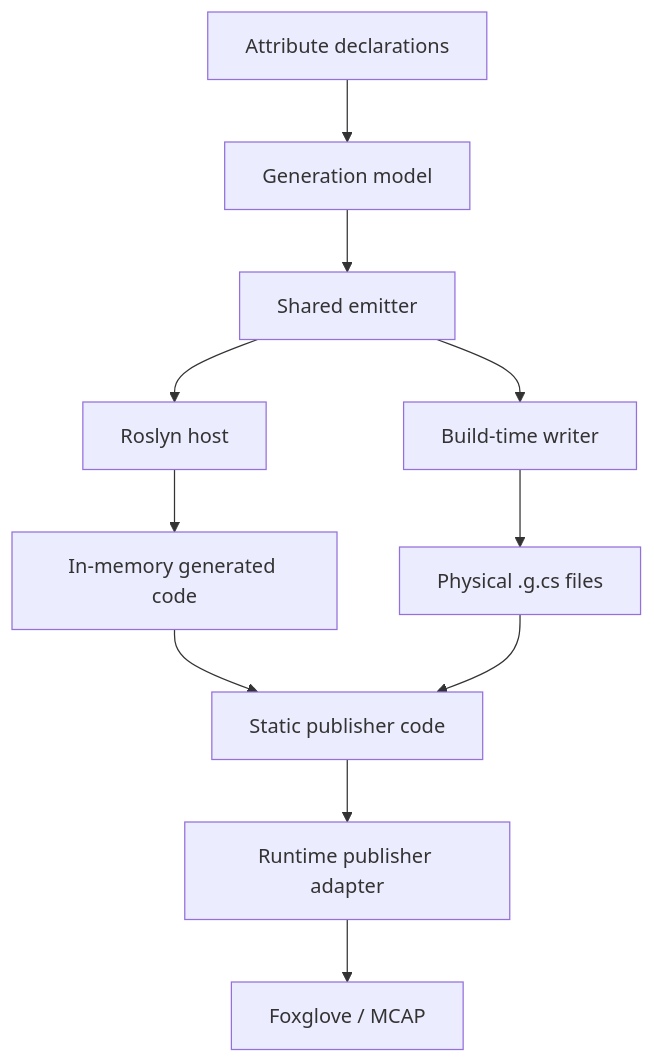
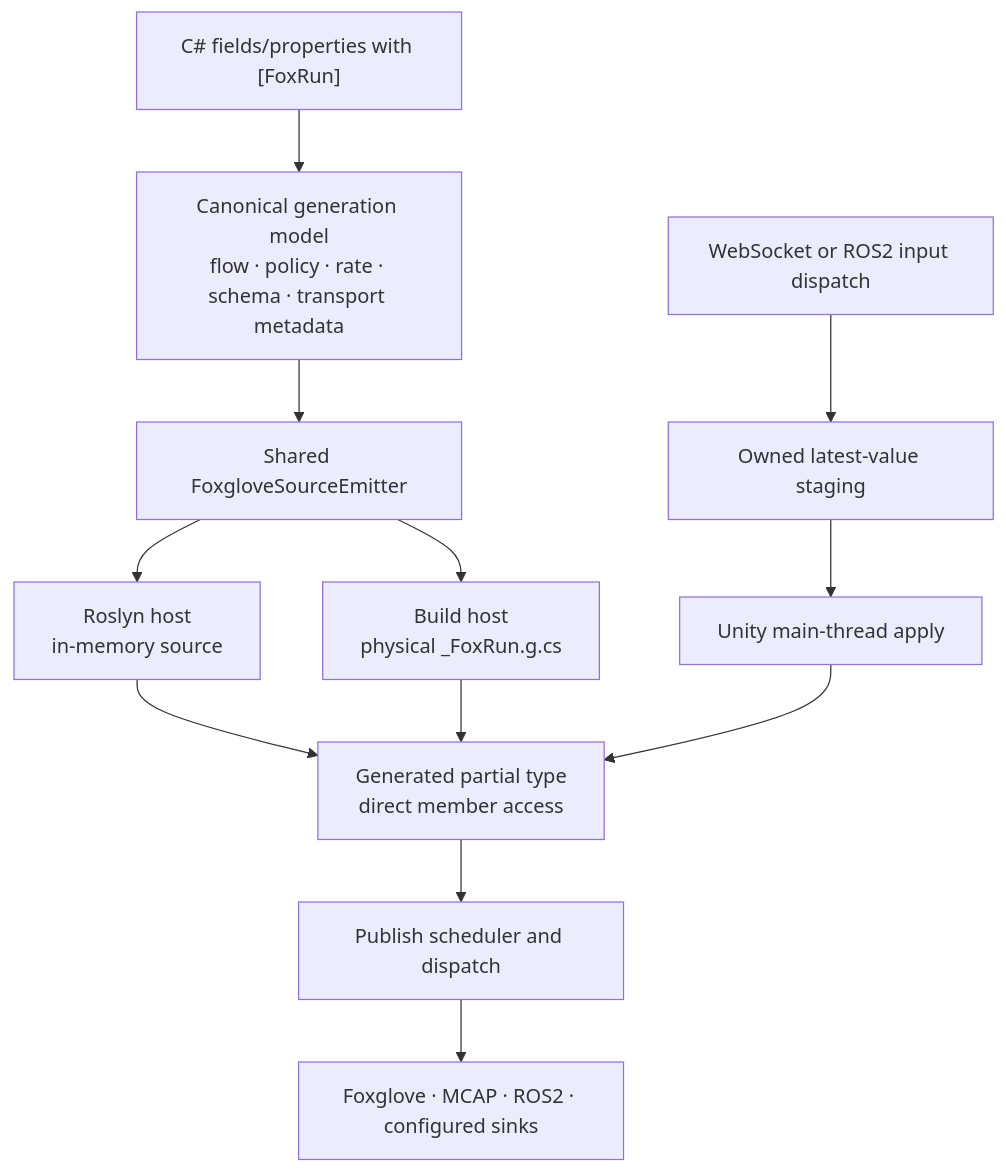
The diagram in docs/research-shared-emitter-architecture.md (JianbinLiu-CFLab/unity-foxglove-sdk), drawn with Mermaid before and after one commit. The commit also changed other lines of this file and 10 other files, not shown here.

Commit message:
docs: refresh FoxRun replay and release guidance

````diff
--- a/docs/research-shared-emitter-architecture.md
+++ b/docs/research-shared-emitter-architecture.md
@@ -107,13 +92,20 @@
 ```mermaid
-flowchart TD
-  Attr["Attribute declarations"] --> Model["Generation model"]
-  Model --> Emitter["Shared emitter"]
-  Emitter --> Roslyn["Roslyn host"]
-  Emitter --> BuildWriter["Build-time writer"]
-  Roslyn --> InMemory["In-memory generated code"]
-  BuildWriter --> Files["Physical .g.cs files"]
-  InMemory --> StaticCode["Static publisher code"]
-  Files --> StaticCode
-  StaticCode --> Runtime["Runtime publisher adapter"]
-  Runtime --> Foxglove["Foxglove / MCAP"]
+flowchart TB
+  Source["C# fields/properties with [FoxRun]"]
+  Resolve["Canonical generation model<br/>flow · policy · rate · schema · transport metadata"]
+  Emitter["Shared FoxgloveSourceEmitter"]
+  Roslyn["Roslyn host<br/>in-memory source"]
+  Physical["Build host<br/>physical _FoxRun.g.cs"]
+  Generated["Generated partial type<br/>direct member access"]
+  Output["Publish scheduler and dispatch"]
+  Inputs["WebSocket or ROS2 input dispatch"]
+  Stage["Owned latest-value staging"]
+  Main["Unity main-thread apply"]
+  Sinks["Foxglove · MCAP · ROS2 · configured sinks"]
+
+  Source --> Resolve --> Emitter
+  Emitter --> Roslyn --> Generated
+  Emitter --> Physical --> Generated
+  Generated --> Output --> Sinks
+  Inputs --> Stage --> Main --> Generated
 ```
````
